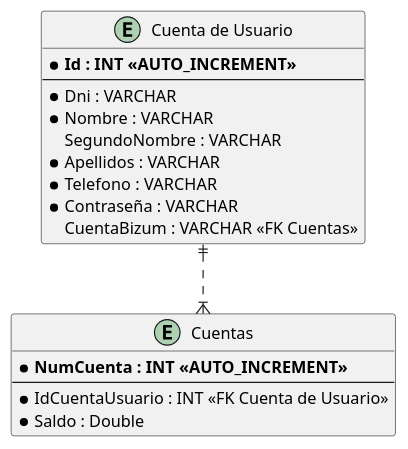
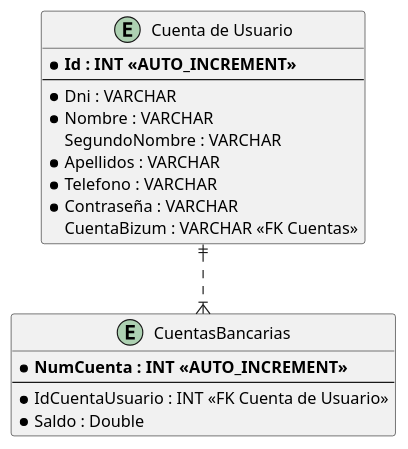
Before and after one commit to ljhonyl/bizum: the first of 5 diagrams in README.md, drawn with PlantUML. The commit also changed other lines of this file and 7 other files, not shown here.

`````diff
--- a/README.md
+++ b/README.md
@@ -5,23 +6,23 @@
 ````plantuml
 @startuml
 entity "Cuenta de Usuario"{
   * **Id : INT <<AUTO_INCREMENT>> **
   --
   *Dni : VARCHAR
   *Nombre : VARCHAR
   SegundoNombre : VARCHAR
   *Apellidos : VARCHAR
   *Telefono : VARCHAR
   *Contraseña : VARCHAR
   CuentaBizum : VARCHAR <<FK Cuentas>>
 }
 
-entity Cuentas{
+entity CuentasBancarias{
     * **NumCuenta : INT <<AUTO_INCREMENT>>**
     --
     * IdCuentaUsuario : INT <<FK Cuenta de Usuario>>
     * Saldo : Double
 }
-"Cuenta de Usuario" ||..|{ Cuentas
+"Cuenta de Usuario" ||..|{ CuentasBancarias
 @enduml
 ````
`````
